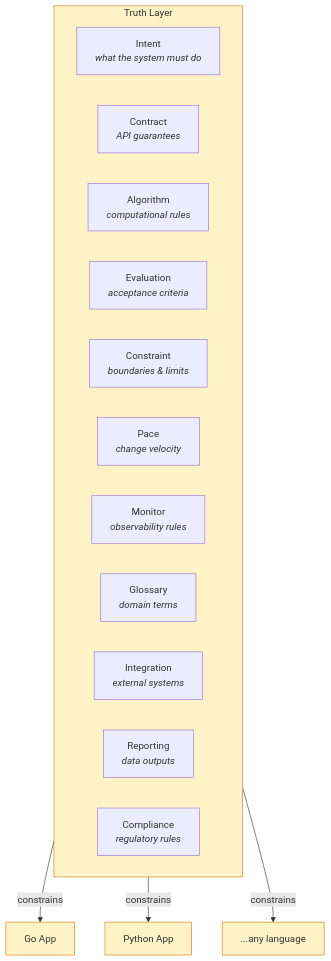
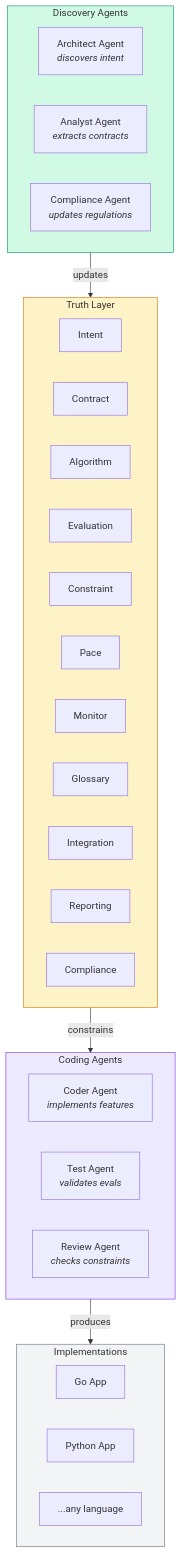
Before and after one commit to panbanda/dna: the first of 2 diagrams in README.md, drawn with Mermaid. The commit also changed other lines of this file, not shown here.

Commit message:
docs: expand diagrams to show AI agent workflows
- Discovery agents update truth layer (architect, analyst, compliance)
- Coding agents constrained by truth (coder, tester, reviewer)
- AI safety template shows governance agents and red team

````diff
--- a/README.md
+++ b/README.md
@@ -63,25 +63,43 @@
 ```mermaid
 flowchart TB
-    subgraph truth["Truth Layer"]
-        intent["Intent<br/><i>what the system must do</i>"]
-        contract["Contract<br/><i>API guarantees</i>"]
-        algorithm["Algorithm<br/><i>computational rules</i>"]
-        evaluation["Evaluation<br/><i>acceptance criteria</i>"]
-        constraint["Constraint<br/><i>boundaries & limits</i>"]
-        pace["Pace<br/><i>change velocity</i>"]
-        monitor["Monitor<br/><i>observability rules</i>"]
-        glossary["Glossary<br/><i>domain terms</i>"]
-        integration["Integration<br/><i>external systems</i>"]
-        reporting["Reporting<br/><i>data outputs</i>"]
-        compliance["Compliance<br/><i>regulatory rules</i>"]
+    subgraph discovery["Discovery Agents"]
+        architect["Architect Agent<br/><i>discovers intent</i>"]
+        analyst["Analyst Agent<br/><i>extracts contracts</i>"]
+        auditor["Compliance Agent<br/><i>updates regulations</i>"]
     end
 
-    truth -->|constrains| impl1["Go App"]
-    truth -->|constrains| impl2["Python App"]
-    truth -->|constrains| impl3["...any language"]
+    subgraph truth["Truth Layer"]
+        intent["Intent"]
+        contract["Contract"]
+        algorithm["Algorithm"]
+        evaluation["Evaluation"]
+        constraint["Constraint"]
+        pace["Pace"]
+        monitor["Monitor"]
+        glossary["Glossary"]
+        integration["Integration"]
+        reporting["Reporting"]
+        compliance["Compliance"]
+    end
 
+    subgraph coding["Coding Agents"]
+        coder["Coder Agent<br/><i>implements features</i>"]
+        tester["Test Agent<br/><i>validates evals</i>"]
+        reviewer["Review Agent<br/><i>checks constraints</i>"]
+    end
+
+    subgraph impl["Implementations"]
+        impl1["Go App"]
+        impl2["Python App"]
+        impl3["...any language"]
+    end
+
+    discovery -->|"updates"| truth
+    truth -->|"constrains"| coding
+    coding -->|"produces"| impl
+
+    style discovery fill:#d1fae5,stroke:#059669
     style truth fill:#fef3c7,stroke:#d97706
-    style impl1 fill:#fef3c7,stroke:#d97706
-    style impl2 fill:#fef3c7,stroke:#d97706
-    style impl3 fill:#fef3c7,stroke:#d97706
+    style coding fill:#ede9fe,stroke:#7c3aed
+    style impl fill:#f3f4f6,stroke:#6b7280
 ```
````
